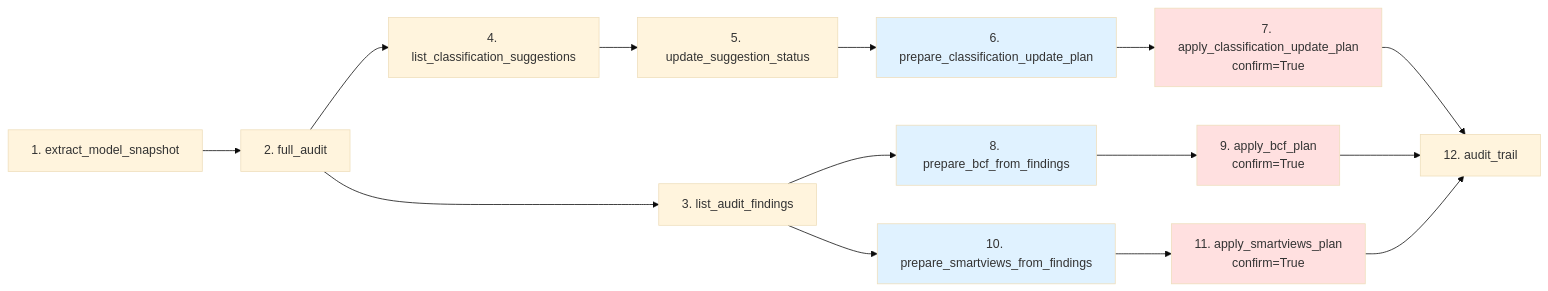
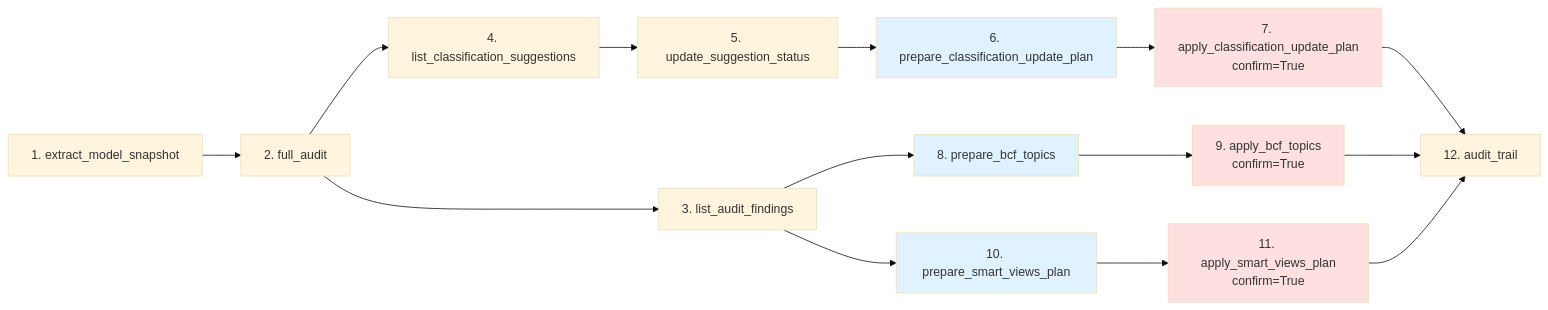
One commit to Slimouzi/audit-bim-i3f changed the diagram in docs/workflow_amo_bim.md. Above: the diagram before and after it, drawn with Mermaid (base theme). The commit also changed other lines of this file and 9 other files, not shown here.

````diff
--- a/docs/workflow_amo_bim.md
+++ b/docs/workflow_amo_bim.md
@@ -472,23 +482,23 @@
 ```mermaid
 flowchart LR
     A[1. extract_model_snapshot] --> B[2. full_audit]
     B --> C[3. list_audit_findings]
     B --> D[4. list_classification_suggestions]
     D --> E[5. update_suggestion_status]
     E --> F[6. prepare_classification_update_plan]
     F --> G[7. apply_classification_update_plan<br/>confirm=True]
-    C --> H[8. prepare_bcf_from_findings]
-    H --> I[9. apply_bcf_plan<br/>confirm=True]
-    C --> J[10. prepare_smartviews_from_findings]
-    J --> K[11. apply_smartviews_plan<br/>confirm=True]
+    C --> H[8. prepare_bcf_topics]
+    H --> I[9. apply_bcf_topics<br/>confirm=True]
+    C --> J[10. prepare_smart_views_plan]
+    J --> K[11. apply_smart_views_plan<br/>confirm=True]
     G --> L[12. audit_trail]
     I --> L
     K --> L
 
     style F fill:#e0f2ff
     style H fill:#e0f2ff
     style J fill:#e0f2ff
     style G fill:#ffe0e0
     style I fill:#ffe0e0
     style K fill:#ffe0e0
 ```
````
